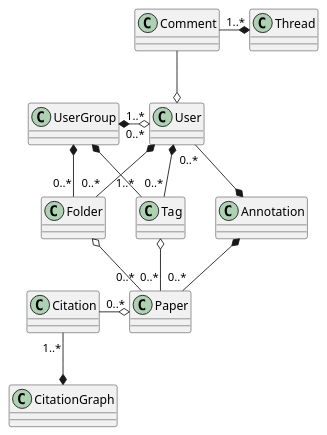
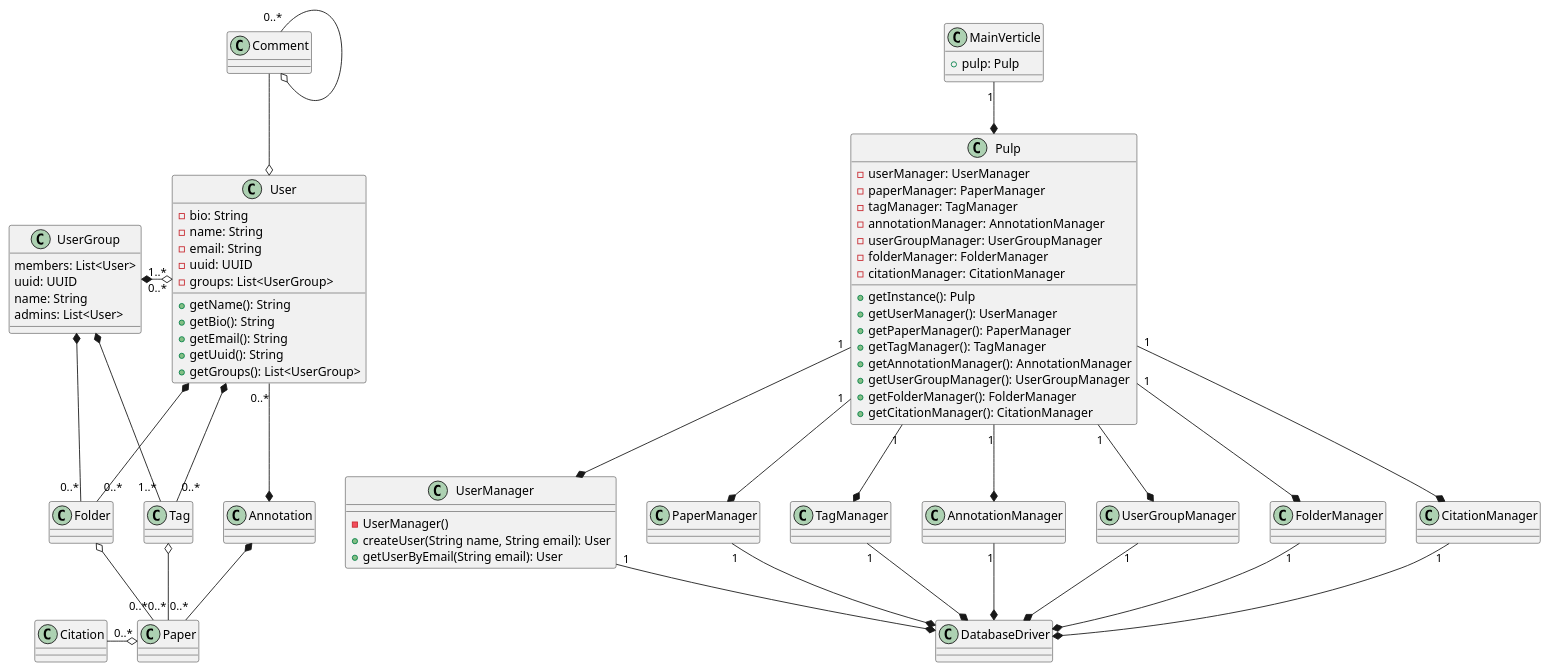
The diagram in deliverables/deliverable5/ClassDiagram.puml (csaluski/cs-386-project), drawn with PlantUML before and after one commit. The commit also changed 4 other files, not shown here.

```diff
--- a/deliverables/deliverable5/ClassDiagram.puml
+++ b/deliverables/deliverable5/ClassDiagram.puml
@@ -1,51 +1,120 @@
 @startuml
+
 class User {
+-bio: String
+-name: String
+-email: String
+-uuid: UUID
+-groups: List<UserGroup>
 
++getName(): String
++getBio(): String
++getEmail(): String
++getUuid(): String
++getGroups(): List<UserGroup>
 }
 
 class UserGroup {
-
+members: List<User>
+uuid: UUID
+name: String
+admins: List<User>
 }
 
 class Folder {
 
 }
 
 class Paper {
 
 }
 
 class Tag {
 
 }
 
 class Citation {
 
 }
 
-class CitationGraph {
+class Comment {
 
 }
 
-class Thread {
+class MainVerticle{
++ pulp: Pulp
+}
+
+class Pulp {
+-userManager: UserManager
+-paperManager: PaperManager
+-tagManager: TagManager
+-annotationManager: AnnotationManager
+-userGroupManager: UserGroupManager
+-folderManager: FolderManager
+-citationManager: CitationManager
+
++getInstance(): Pulp
++getUserManager(): UserManager
++getPaperManager(): PaperManager
++getTagManager(): TagManager
++getAnnotationManager(): AnnotationManager
++getUserGroupManager(): UserGroupManager
++getFolderManager(): FolderManager
++getCitationManager(): CitationManager
+}
+
+class UserManager {
+-UserManager()
++createUser(String name, String email): User
++getUserByEmail(String email): User
 
 }
 
-class Comment {
+class PaperManager
 
-}
+class TagManager
+
+class AnnotationManager
+
+class UserGroupManager
+
+class FolderManager
+
+class CitationManager
+
+class DatabaseDriver
+
+MainVerticle "1"--* Pulp
+
+Pulp "1"--* UserManager
+Pulp "1"--* PaperManager
+Pulp "1"--* TagManager
+Pulp "1"--* AnnotationManager
+Pulp "1"--* UserGroupManager
+Pulp "1"--* FolderManager
+Pulp "1"--* CitationManager
+
+
+UserManager "1"--* DatabaseDriver
+PaperManager "1"--* DatabaseDriver
+TagManager "1"--* DatabaseDriver
+AnnotationManager "1"--* DatabaseDriver
+UserGroupManager "1"--* DatabaseDriver
+FolderManager "1"--* DatabaseDriver
+CitationManager "1"--* DatabaseDriver
+
 
 User *-- "0..*" Folder
 Folder o-- "0..*" Paper
 Tag o- "0..*" Paper
 User  *-- "0..*" Tag
 UserGroup *-- "0..*" Folder
 UserGroup "1..*" *-o "0..*" User
 UserGroup *- "1..*" Tag
-Citation "1..*" --* CitationGraph
 Citation "0..*" -o Paper
 Comment --o User
-Comment "1..*" -* Thread
+Comment "0..*" --o Comment
 Annotation *-- "0..*" Paper
 User "0..*" --* Annotation
 @enduml
```
